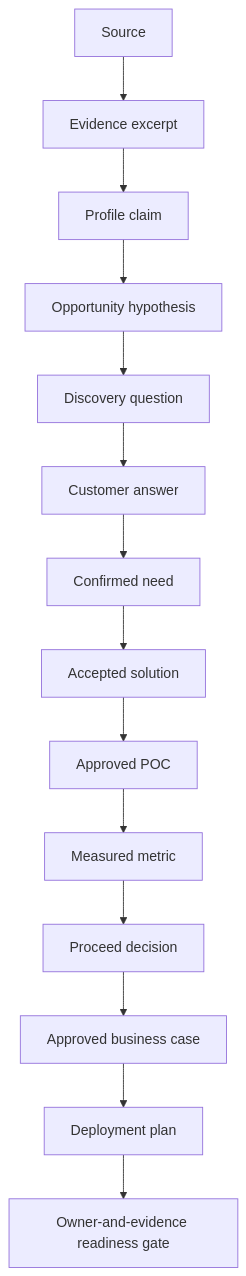
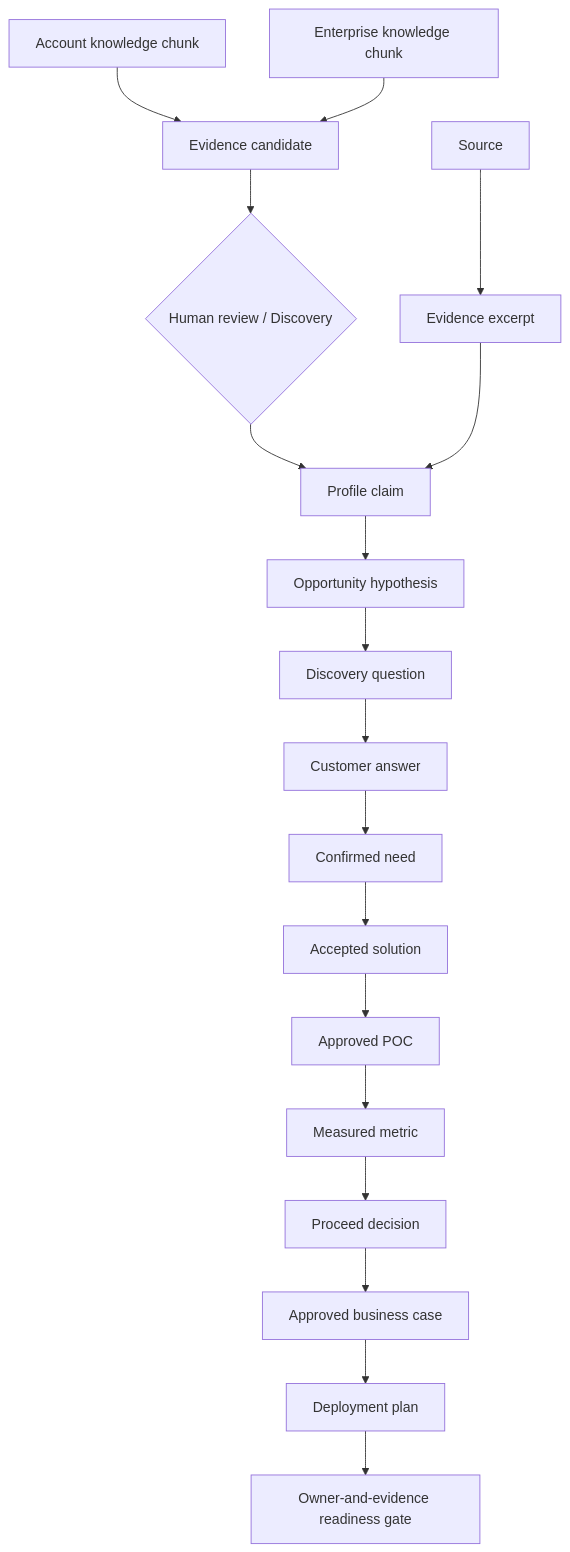
Before and after one commit to FloatingHarry/solutionflow: the second of 2 diagrams in docs/architecture.md, drawn with Mermaid. The commit also changed other lines of this file and 34 other files, not shown here.

Commit message:
feat: add enterprise knowledge RAG

````diff
--- a/docs/architecture.md
+++ b/docs/architecture.md
@@ -55,16 +71,20 @@
 ```mermaid
 flowchart TD
+    KA[Account knowledge chunk] --> EC[Evidence candidate]
+    KE[Enterprise knowledge chunk] --> EC
+    EC --> HR{Human review / Discovery}
+    HR --> C
     S[Source] --> E[Evidence excerpt]
     E --> C[Profile claim]
     C --> H[Opportunity hypothesis]
     H --> Q[Discovery question]
     Q --> A[Customer answer]
     A --> N[Confirmed need]
     N --> SP[Accepted solution]
     SP --> POC[Approved POC]
     POC --> M[Measured metric]
     M --> D[Proceed decision]
     D --> B[Approved business case]
     B --> DP[Deployment plan]
     DP --> G[Owner-and-evidence readiness gate]
 ```
````
